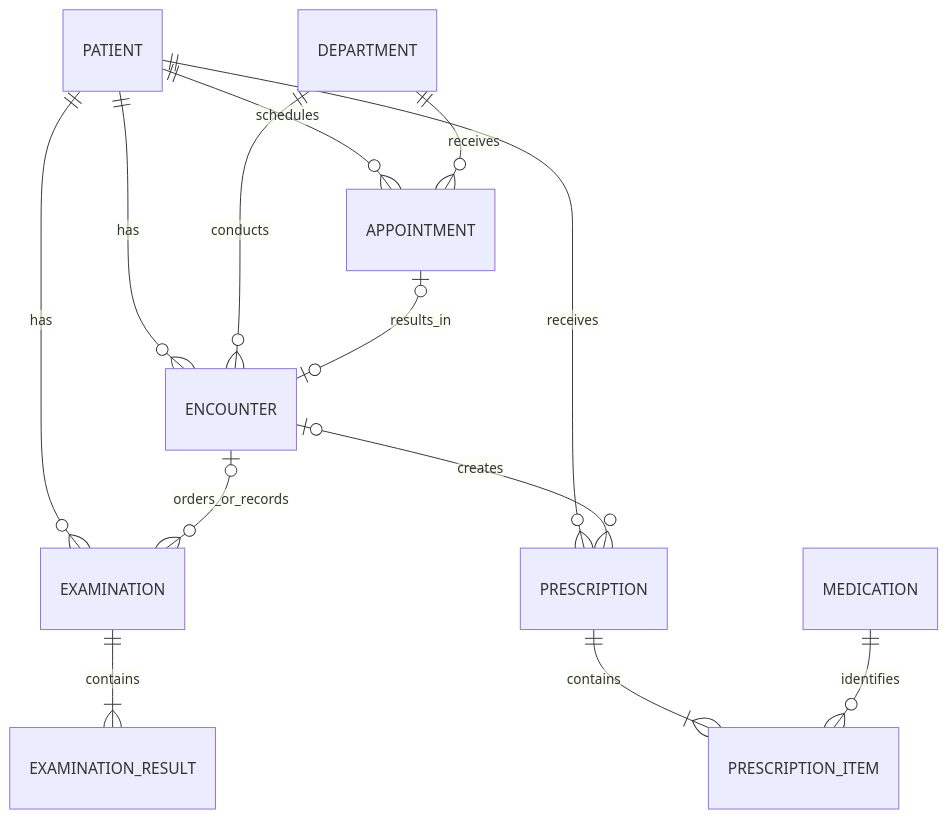
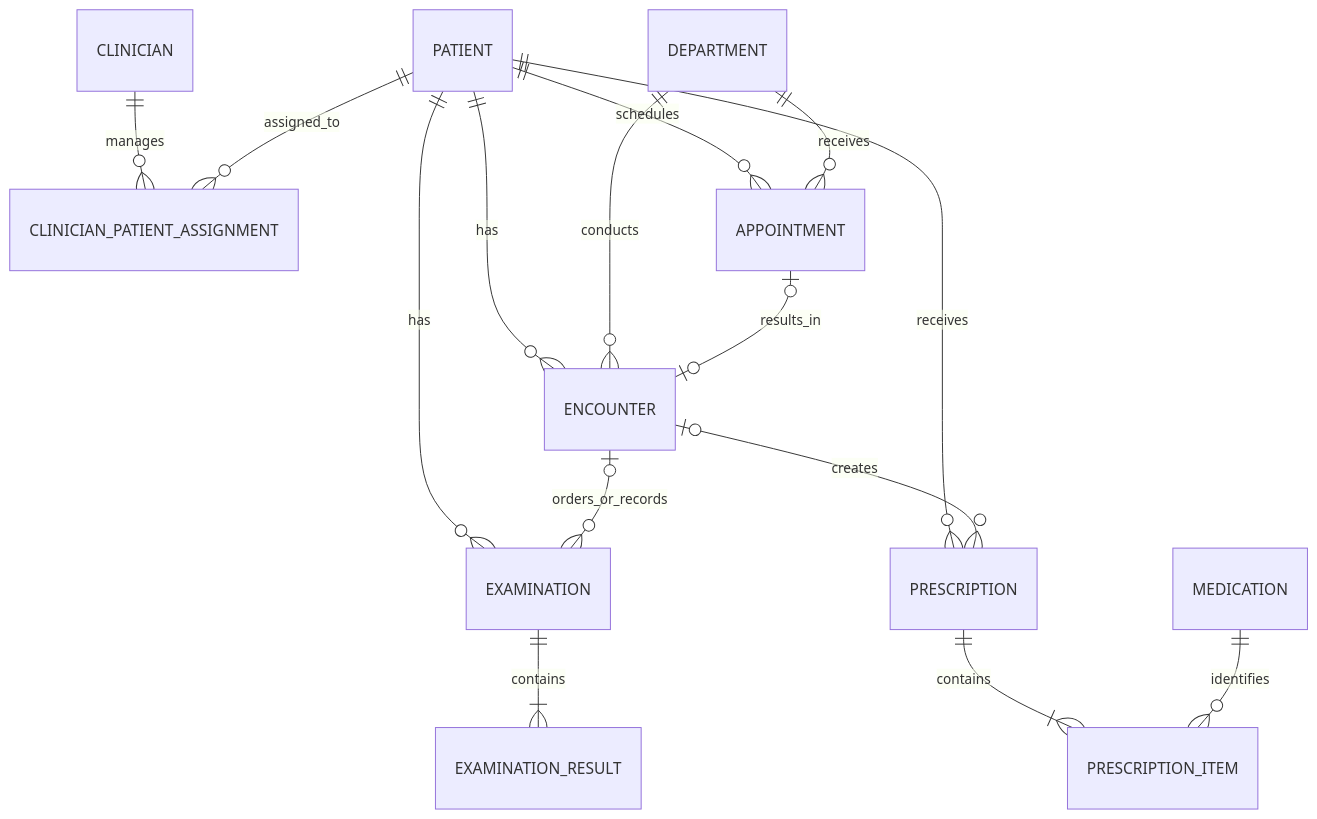
The third of 4 diagrams in docs/architecture.md (myagmb28Dev/Patienty), drawn with Mermaid before and after one commit. The commit also changed other lines of this file and 106 other files, not shown here.

````diff
--- a/docs/architecture.md
+++ b/docs/architecture.md
@@ -191,15 +233,17 @@
 ```mermaid
 erDiagram
+    CLINICIAN ||--o{ CLINICIAN_PATIENT_ASSIGNMENT : manages
+    PATIENT ||--o{ CLINICIAN_PATIENT_ASSIGNMENT : assigned_to
     PATIENT ||--o{ APPOINTMENT : schedules
     PATIENT ||--o{ ENCOUNTER : has
     DEPARTMENT ||--o{ APPOINTMENT : receives
     DEPARTMENT ||--o{ ENCOUNTER : conducts
     APPOINTMENT o|--o| ENCOUNTER : results_in
     PATIENT ||--o{ EXAMINATION : has
     ENCOUNTER o|--o{ EXAMINATION : orders_or_records
     EXAMINATION ||--|{ EXAMINATION_RESULT : contains
     PATIENT ||--o{ PRESCRIPTION : receives
     ENCOUNTER o|--o{ PRESCRIPTION : creates
     PRESCRIPTION ||--|{ PRESCRIPTION_ITEM : contains
     MEDICATION ||--o{ PRESCRIPTION_ITEM : identifies
 ```
````
